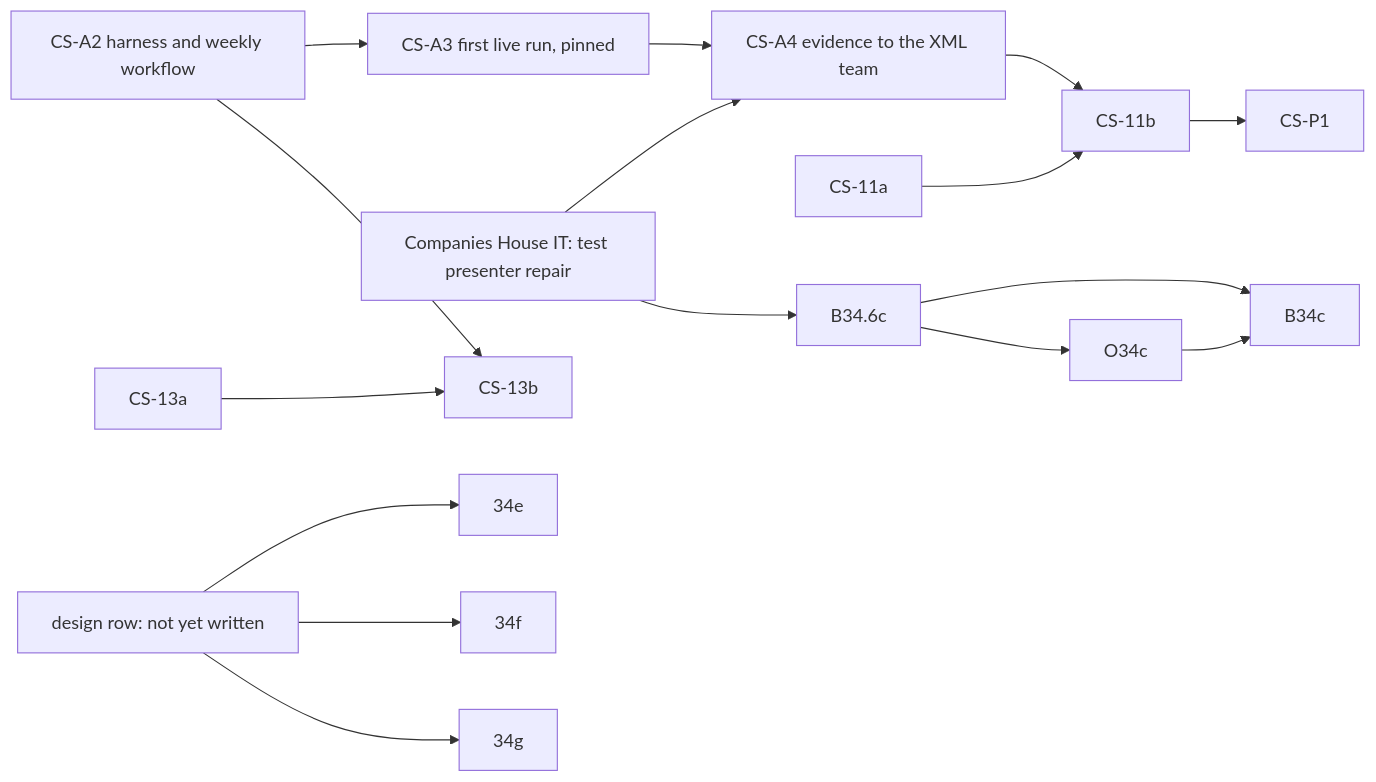
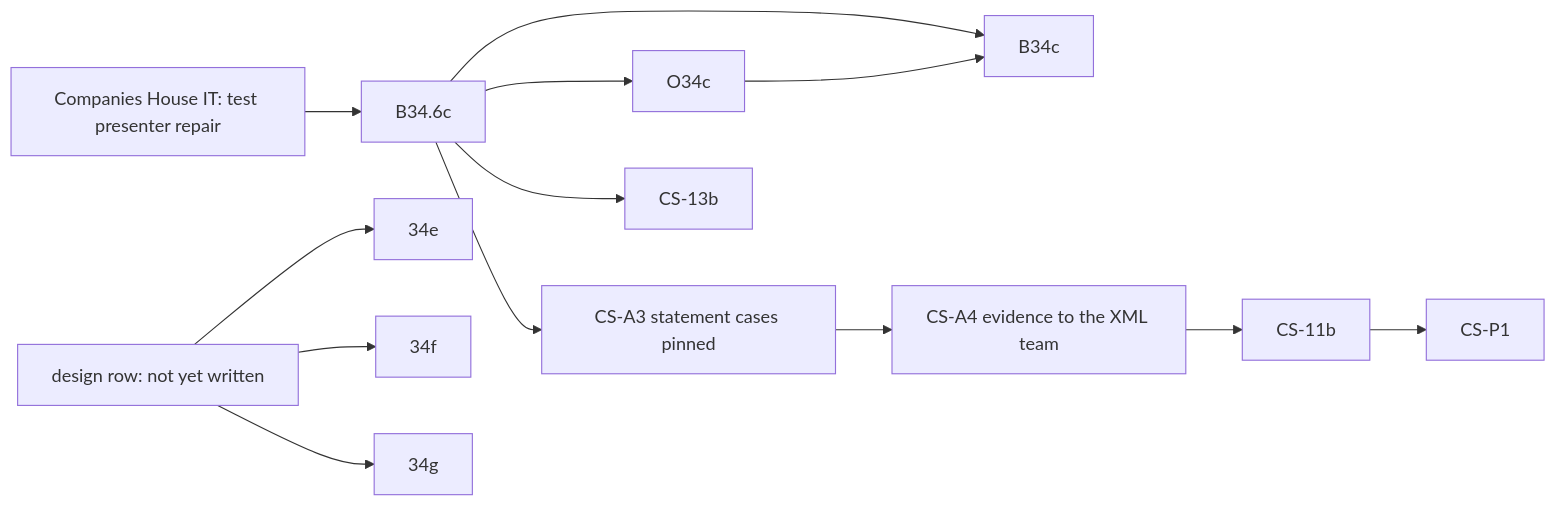
Before and after one commit to diy-accounting-uk/submit.diyaccounting.co.uk: the diagram in PLAN_COMPANIES_HOUSE.md, drawn with Mermaid. The commit also changed other lines of this file and 2 other files, not shown here.

````diff
--- a/PLAN_COMPANIES_HOUSE.md
+++ b/PLAN_COMPANIES_HOUSE.md
@@ -62,18 +62,15 @@
 ```mermaid
 flowchart LR
     CHIT[Companies House IT: test presenter repair] --> B346c[B34.6c]
     B346c --> O34c
     B346c --> B34c
     O34c --> B34c
-    CSA2[CS-A2 harness and weekly workflow] --> CSA3[CS-A3 first live run, pinned]
+    B346c --> CSA3[CS-A3 statement cases pinned]
+    B346c --> CS13b[CS-13b]
     CSA3 --> CSA4[CS-A4 evidence to the XML team]
-    CHIT --> CSA4
     CSA4 --> CS11b[CS-11b]
     CS11b --> CSP1[CS-P1]
-    CSA2 --> CS13b[CS-13b]
-    CS13a[CS-13a] --> CS13b
-    CS11a[CS-11a] --> CS11b
     Design[design row: not yet written] --> Row34e[34e]
     Design --> Row34f[34f]
     Design --> Row34g[34g]
 ```
````
